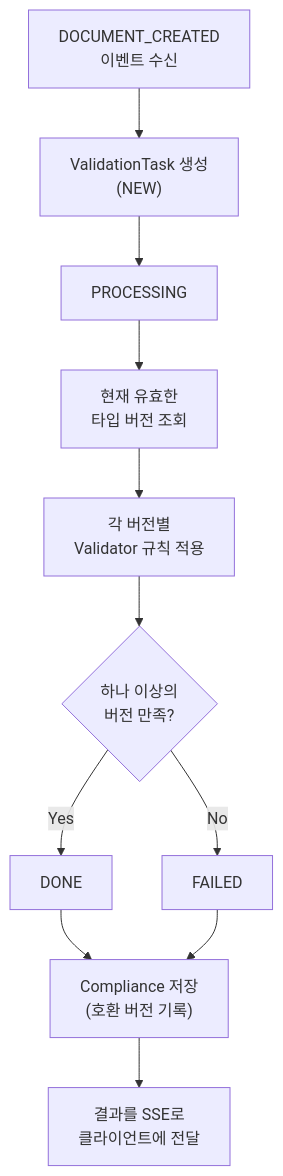
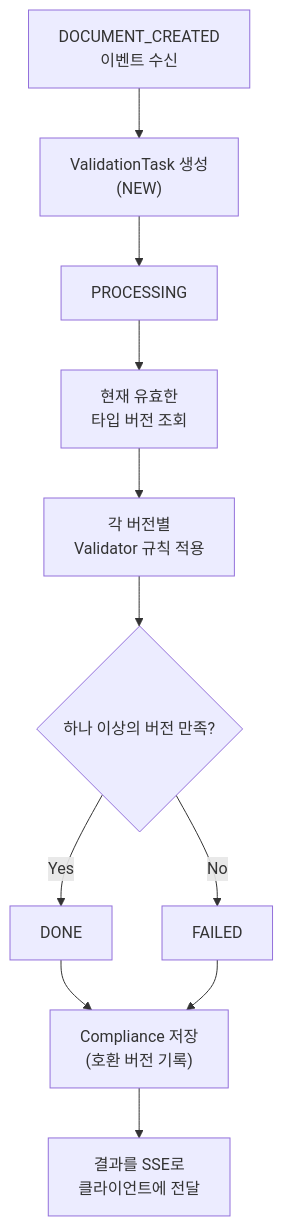
The seventh of 11 diagrams in docs/usecases.md (sayaya1090/handbook), drawn with Mermaid before and after one commit. The commit also changed other lines of this file and 74 other files, not shown here.

````diff
--- a/docs/usecases.md
+++ b/docs/usecases.md
@@ -816,13 +836,13 @@
 ```mermaid
 flowchart TD
     A["DOCUMENT_CREATED<br/>이벤트 수신"] --> B["ValidationTask 생성<br/>(NEW)"]
     B --> C["PROCESSING"]
     C --> D["현재 유효한<br/>타입 버전 조회"]
     D --> E["각 버전별<br/>Validator 규칙 적용"]
-    E --> F{하나 이상의<br/>버전 만족?}
+    E --> F{"하나 이상의 버전 만족?"}
     F -->|Yes| G["DONE"]
     F -->|No| H["FAILED"]
     G --> I["Compliance 저장<br/>(호환 버전 기록)"]
     H --> I
     I --> J["결과를 SSE로<br/>클라이언트에 전달"]
 ```
````
